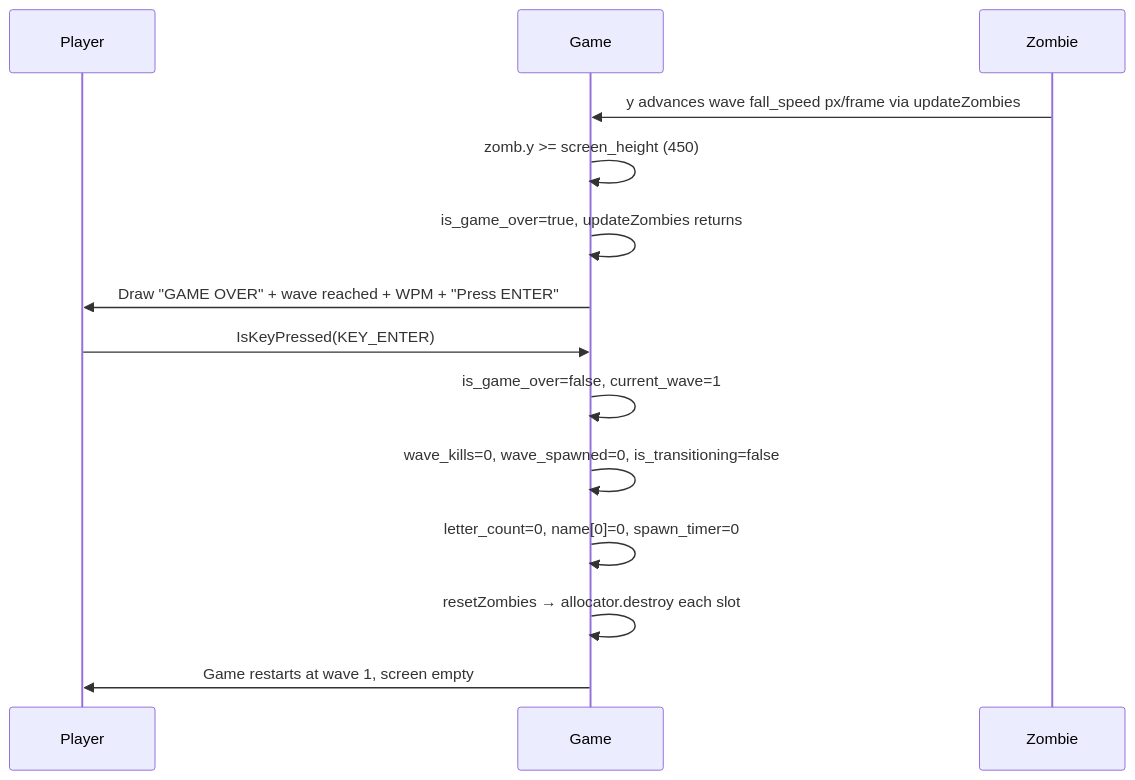
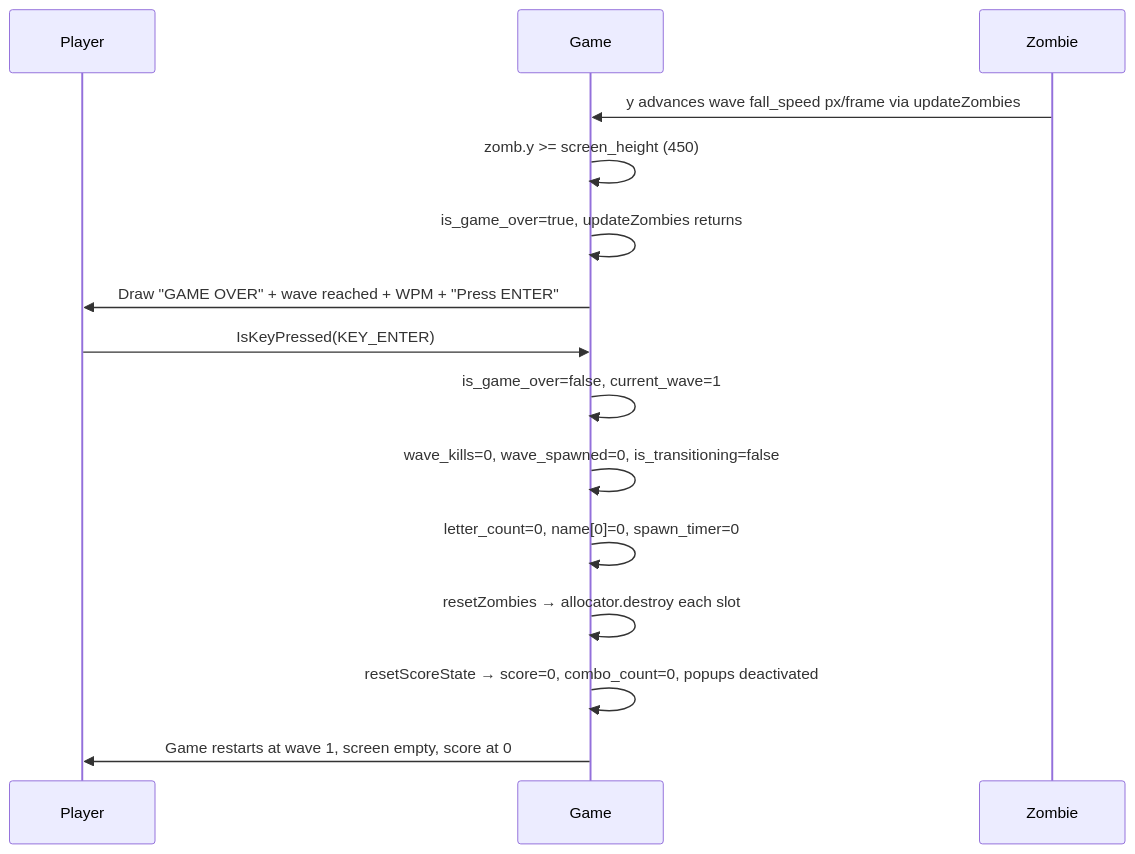
One commit to bfernandez31/death-note changed the third of 10 diagrams in specs/specifications/features.md. Above: the diagram before and after it, drawn with Mermaid. The commit also changed other lines of this file and 2 other files, not shown here.

````diff
--- a/specs/specifications/features.md
+++ b/specs/specifications/features.md
@@ -525,17 +659,18 @@
 ```mermaid
 sequenceDiagram
     participant Player
     participant Game
     participant Zombie
 
     Zombie->>Game: y advances wave fall_speed px/frame via updateZombies
     Game->>Game: zomb.y >= screen_height (450)
     Game->>Game: is_game_over=true, updateZombies returns
     Game->>Player: Draw "GAME OVER" + wave reached + WPM + "Press ENTER"
     Player->>Game: IsKeyPressed(KEY_ENTER)
     Game->>Game: is_game_over=false, current_wave=1
     Game->>Game: wave_kills=0, wave_spawned=0, is_transitioning=false
     Game->>Game: letter_count=0, name[0]=0, spawn_timer=0
     Game->>Game: resetZombies → allocator.destroy each slot
-    Game->>Player: Game restarts at wave 1, screen empty
+    Game->>Game: resetScoreState → score=0, combo_count=0, popups deactivated
+    Game->>Player: Game restarts at wave 1, screen empty, score at 0
 ```
````
